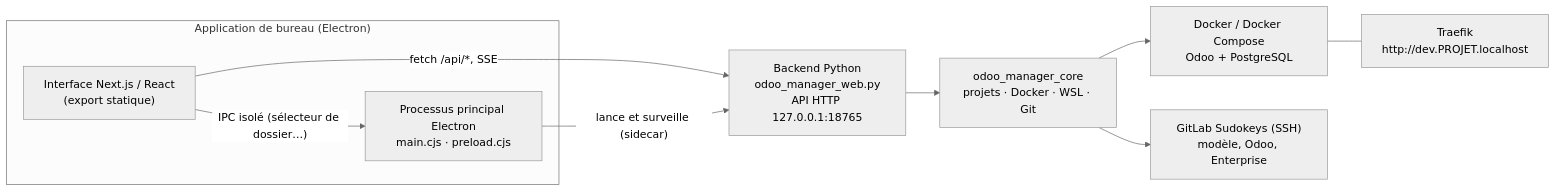
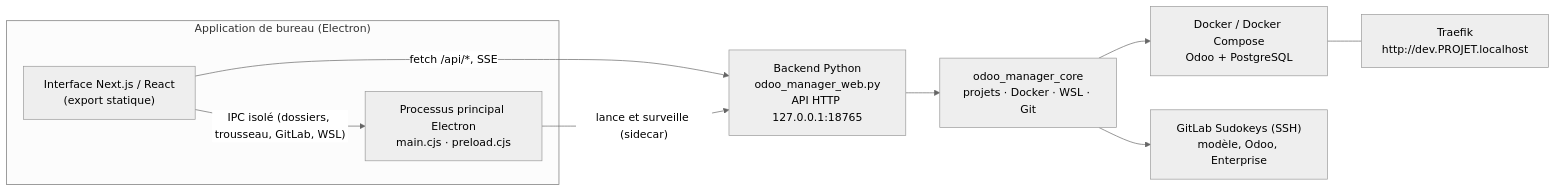
The diagram in README.md (BenjaminPeronne/SDK-Local-Manager), drawn with Mermaid (neutral theme) before and after one commit. The commit also changed other lines of this file and 15 other files, not shown here.

````diff
--- a/README.md
+++ b/README.md
@@ -60,20 +67,20 @@
 ```mermaid
 flowchart LR
     subgraph Desktop["Application de bureau (Electron)"]
         UI["Interface Next.js / React<br/>(export statique)"]
         Main["Processus principal Electron<br/>main.cjs · preload.cjs"]
     end
     API["Backend Python<br/>odoo_manager_web.py<br/>API HTTP 127.0.0.1:18765"]
     Core["odoo_manager_core<br/>projets · Docker · WSL · Git"]
     Docker["Docker / Docker Compose<br/>Odoo + PostgreSQL"]
     Traefik["Traefik<br/>http://dev.PROJET.localhost"]
     GitLab["GitLab Sudokeys (SSH)<br/>modèle, Odoo, Enterprise"]
 
     UI -- "fetch /api/*, SSE" --> API
     Main -- "lance et surveille (sidecar)" --> API
-    UI -- "IPC isolé (sélecteur de dossier…)" --> Main
+    UI -- "IPC isolé (dossiers, trousseau, GitLab, WSL)" --> Main
     API --> Core
     Core --> Docker
     Core --> GitLab
     Docker --- Traefik
 ```
````
